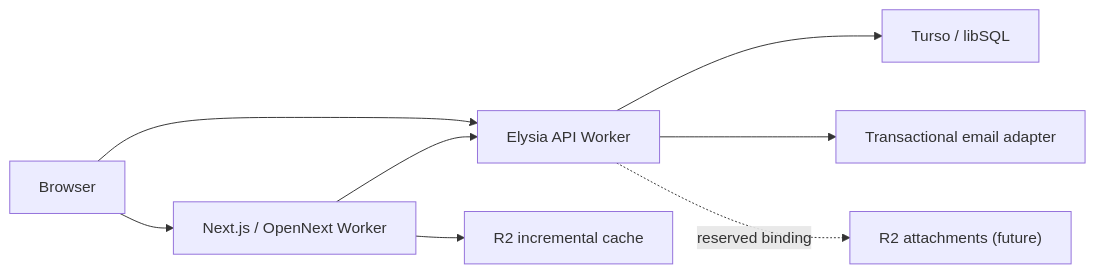
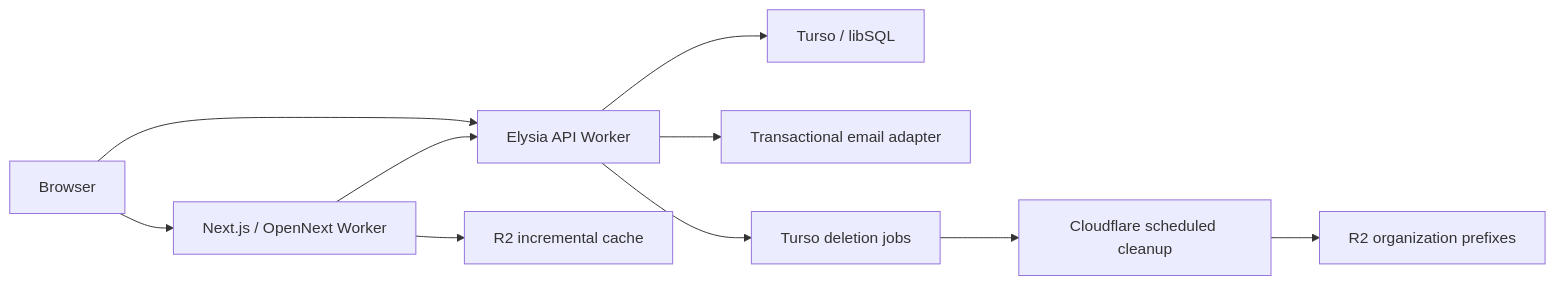
The diagram in docs/architecture.md (ReoHakase/enterprise-agentic-saas-starter), drawn with Mermaid before and after one commit. The commit also changed other lines of this file and 12 other files, not shown here.

````diff
--- a/docs/architecture.md
+++ b/docs/architecture.md
@@ -9,10 +9,12 @@
 ```mermaid
 flowchart LR
   Browser["Browser"] --> Web["Next.js / OpenNext Worker"]
   Web --> API["Elysia API Worker"]
   Browser --> API
   API --> Turso["Turso / libSQL"]
   API --> Mail["Transactional email adapter"]
   Web --> WebCache["R2 incremental cache"]
-  API -. reserved binding .-> Attachments["R2 attachments (future)"]
+  API --> DeletionJobs["Turso deletion jobs"]
+  DeletionJobs --> Cleanup["Cloudflare scheduled cleanup"]
+  Cleanup --> Attachments["R2 organization prefixes"]
 ```
````
